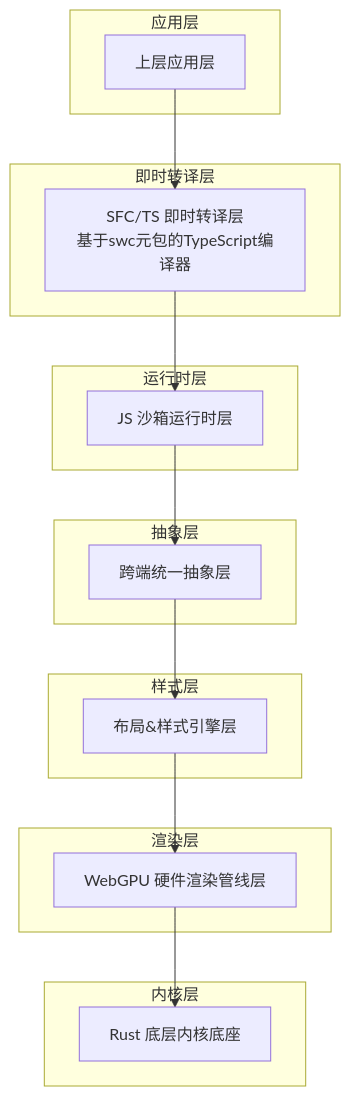
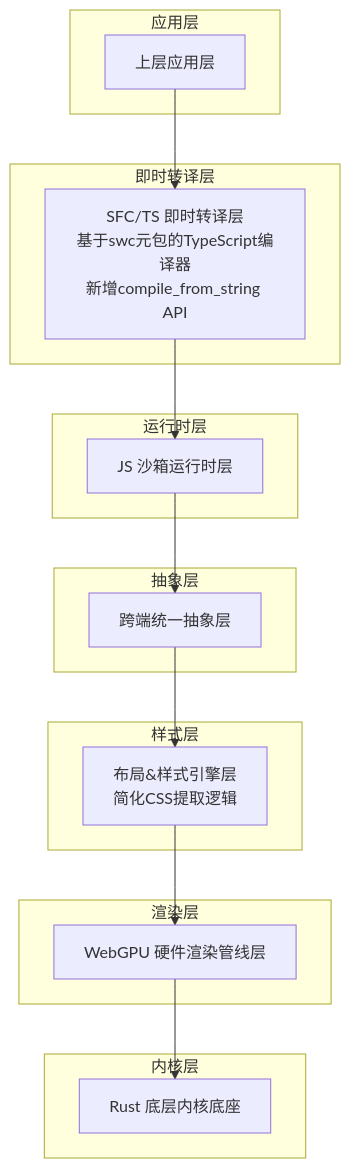
Before and after one commit to itszzl-sudo/iris: the first of 7 diagrams in .qoder/repowiki/zh/content/技术架构详解/即时转译系统/即时转译系统.md, drawn with Mermaid. The commit also changed other lines of this file and 34 other files, not shown here.

````diff
--- a/.qoder/repowiki/zh/content/技术架构详解/即时转译系统/即时转译系统.md
+++ b/.qoder/repowiki/zh/content/技术架构详解/即时转译系统/即时转译系统.md
@@ -48,30 +53,30 @@
 ```mermaid
 graph TB
 subgraph "应用层"
 App[上层应用层]
 end
 subgraph "即时转译层"
-SFC[SFC/TS 即时转译层<br/>基于swc元包的TypeScript编译器]
+SFC[SFC/TS 即时转译层<br/>基于swc元包的TypeScript编译器<br/>新增compile_from_string API]
 end
 subgraph "运行时层"
 Sandbox[JS 沙箱运行时层]
 end
 subgraph "抽象层"
 Abstraction[跨端统一抽象层]
 end
 subgraph "样式层"
-Layout[布局&样式引擎层]
+Layout[布局&样式引擎层<br/>简化CSS提取逻辑]
 end
 subgraph "渲染层"
 GPU[WebGPU 硬件渲染管线层]
 end
 subgraph "内核层"
 Kernel[Rust 底层内核底座]
 end
 App --> SFC
 SFC --> Sandbox
 Sandbox --> Abstraction
 Abstraction --> Layout
 Layout --> GPU
 GPU --> Kernel
 ```
````
